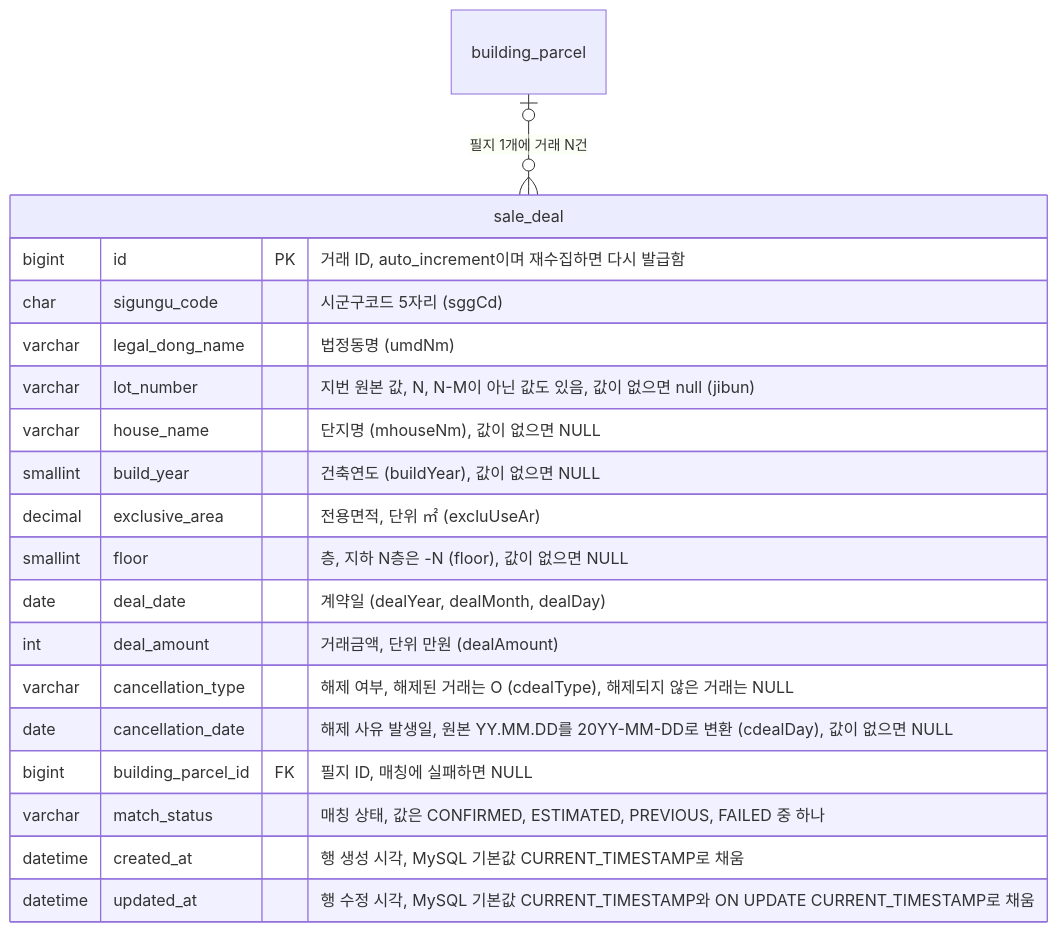
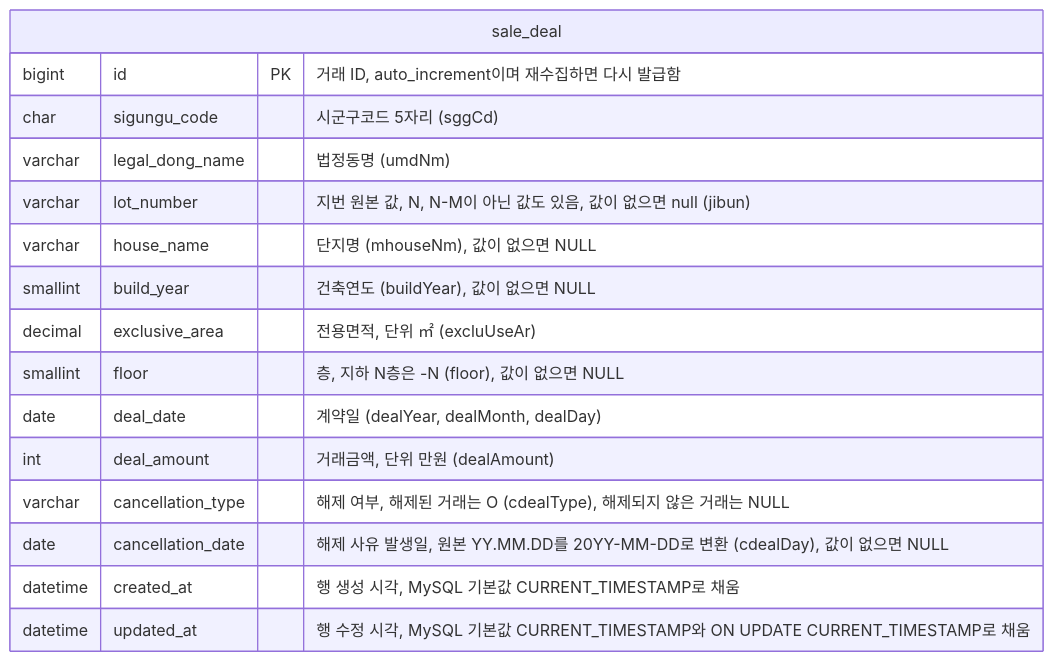
One commit to f-lab-edu/jipsee changed the third of 4 diagrams in docs/erd.md. Above: the diagram before and after it, drawn with Mermaid. The commit also changed other lines of this file, not shown here.

Commit message:
docs: erd.md 수정 > 1단계 외 테이블 삭제, 거래 묶음과 인덱스 추가

````diff
--- a/docs/erd.md
+++ b/docs/erd.md
@@ -224,22 +68,19 @@
 ```mermaid
 erDiagram
-    building_parcel |o--o{ sale_deal : "필지 1개에 거래 N건"
     sale_deal {
         bigint id PK "거래 ID, auto_increment이며 재수집하면 다시 발급함"
         char sigungu_code "시군구코드 5자리 (sggCd)"
         varchar legal_dong_name "법정동명 (umdNm)"
         varchar lot_number "지번 원본 값, N, N-M이 아닌 값도 있음, 값이 없으면 null (jibun)"
         varchar house_name "단지명 (mhouseNm), 값이 없으면 NULL"
         smallint build_year "건축연도 (buildYear), 값이 없으면 NULL"
         decimal exclusive_area "전용면적, 단위 ㎡ (excluUseAr)"
         smallint floor "층, 지하 N층은 -N (floor), 값이 없으면 NULL"
         date deal_date "계약일 (dealYear, dealMonth, dealDay)"
         int deal_amount "거래금액, 단위 만원 (dealAmount)"
         varchar cancellation_type "해제 여부, 해제된 거래는 O (cdealType), 해제되지 않은 거래는 NULL"
         date cancellation_date "해제 사유 발생일, 원본 YY.MM.DD를 20YY-MM-DD로 변환 (cdealDay), 값이 없으면 NULL"
-        bigint building_parcel_id FK "필지 ID, 매칭에 실패하면 NULL"
-        varchar match_status "매칭 상태, 값은 CONFIRMED, ESTIMATED, PREVIOUS, FAILED 중 하나"
         datetime created_at "행 생성 시각, MySQL 기본값 CURRENT_TIMESTAMP로 채움"
         datetime updated_at "행 수정 시각, MySQL 기본값 CURRENT_TIMESTAMP와 ON UPDATE CURRENT_TIMESTAMP로 채움"
     }
 ```
````
